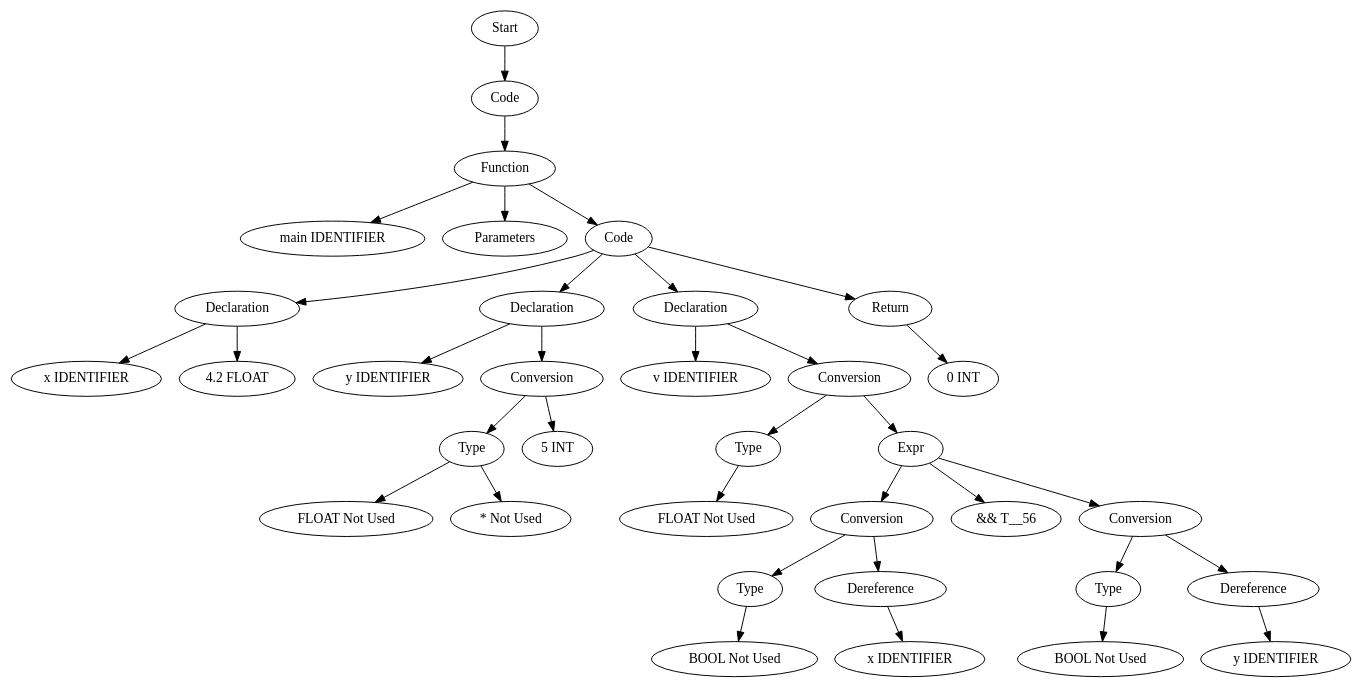
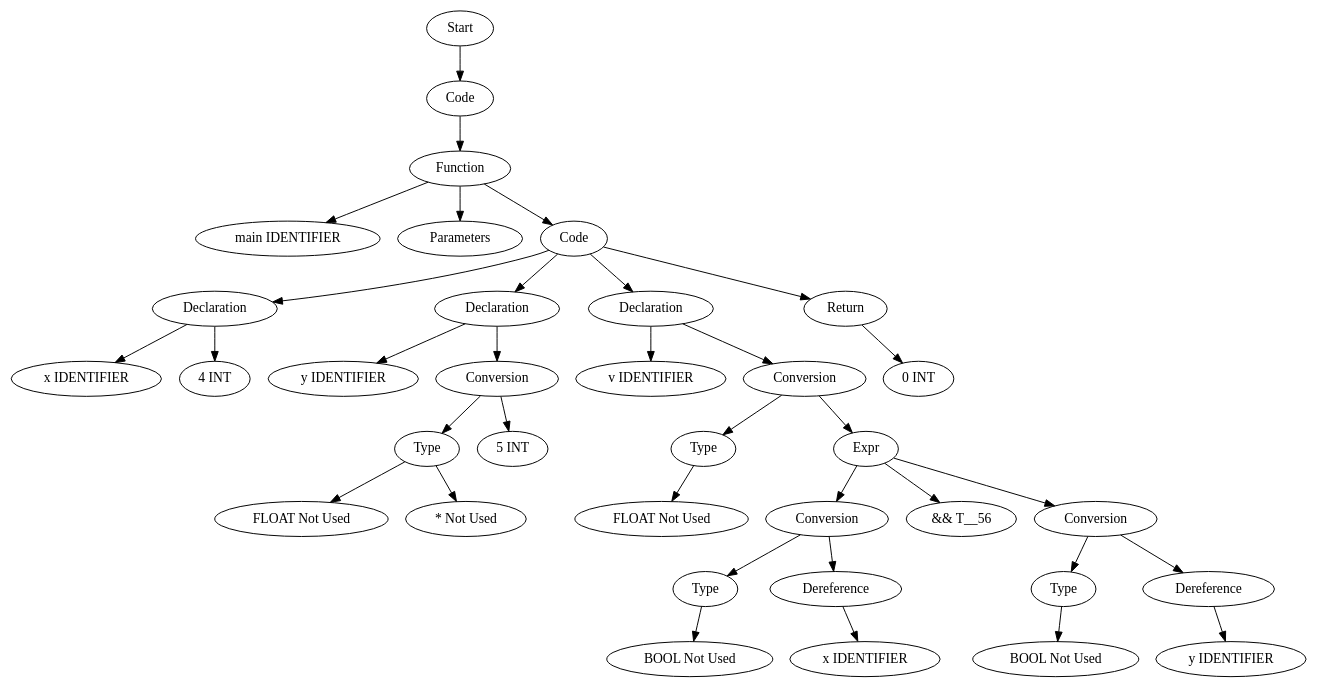
Before and after one commit to Are-you-listening/Compilers: the diagram in TestCases/ASTTests/ConversionTests/createTests/read_file_after.dot, drawn with Graphviz. The commit also changed 280 other files, not shown here.

```diff
--- a/TestCases/ASTTests/ConversionTests/createTests/read_file_after.dot
+++ b/TestCases/ASTTests/ConversionTests/createTests/read_file_after.dot
@@ -1,71 +1,71 @@
 digraph AST {
-  "126630981650672" [label="Start"];
-  "126630981650672" -> "126630981652112";
-  "126630981652112" [label="Code"];
-  "126630981652112" -> "126630981652400";
-  "126630981652400" [label="Function"];
-  "126630981652400" -> "126630981652064";
-  "126630981652400" -> "126630981649280";
-  "126630981652400" -> "126630981655136";
-  "126630981652064" [label="main IDENTIFIER"];
-  "126630981649280" [label="Parameters"];
-  "126630981655136" [label="Code"];
-  "126630981655136" -> "126630981651968";
-  "126630981655136" -> "126630981651920";
-  "126630981655136" -> "126630981654320";
-  "126630981655136" -> "126630981654080";
-  "126630981651968" [label="Declaration"];
-  "126630981651968" -> "126630981652016";
-  "126630981651968" -> "126630981653888";
-  "126630981652016" [label="x IDENTIFIER"];
-  "126630981653888" [label="4.2 FLOAT"];
-  "126630981651920" [label="Declaration"];
-  "126630981651920" -> "126630981648512";
-  "126630981651920" -> "126630981655472";
-  "126630981648512" [label="y IDENTIFIER"];
-  "126630981655472" [label="Conversion"];
-  "126630981655472" -> "126630981655952";
-  "126630981655472" -> "126630981649184";
-  "126630981655952" [label="Type"];
-  "126630981655952" -> "126630981649232";
-  "126630981655952" -> "126630981654656";
-  "126630981649232" [label="FLOAT Not Used"];
-  "126630981654656" [label="* Not Used"];
-  "126630981649184" [label="5 INT"];
-  "126630981654320" [label="Declaration"];
-  "126630981654320" -> "126630981648944";
-  "126630981654320" -> "126630981653312";
-  "126630981648944" [label="v IDENTIFIER"];
-  "126630981653312" [label="Conversion"];
-  "126630981653312" -> "126630981656000";
-  "126630981653312" -> "126630981654848";
-  "126630981656000" [label="Type"];
-  "126630981656000" -> "126630981655280";
-  "126630981655280" [label="FLOAT Not Used"];
-  "126630981654848" [label="Expr"];
-  "126630981654848" -> "126630981650864";
-  "126630981654848" -> "126630981649904";
-  "126630981654848" -> "126630981657872";
-  "126630981650864" [label="Conversion"];
-  "126630981650864" -> "126630981648752";
-  "126630981650864" -> "126630981649856";
-  "126630981648752" [label="Type"];
-  "126630981648752" -> "126630981661520";
-  "126630981661520" [label="BOOL Not Used"];
-  "126630981649856" [label="Dereference"];
-  "126630981649856" -> "126630981660176";
-  "126630981660176" [label="x IDENTIFIER"];
-  "126630981649904" [label="&& T__56"];
-  "126630981657872" [label="Conversion"];
-  "126630981657872" -> "126630981657536";
-  "126630981657872" -> "126630981660368";
-  "126630981657536" [label="Type"];
-  "126630981657536" -> "126630981658448";
-  "126630981658448" [label="BOOL Not Used"];
-  "126630981660368" [label="Dereference"];
-  "126630981660368" -> "126630981659840";
-  "126630981659840" [label="y IDENTIFIER"];
-  "126630981654080" [label="Return"];
-  "126630981654080" -> "126630981654272";
-  "126630981654272" [label="0 INT"];
+  "125229346211056" [label="Start"];
+  "125229346211056" -> "125229346215232";
+  "125229346215232" [label="Code"];
+  "125229346215232" -> "125229346217248";
+  "125229346217248" [label="Function"];
+  "125229346217248" -> "125229346213840";
+  "125229346217248" -> "125229346216768";
+  "125229346217248" -> "125229346215424";
+  "125229346213840" [label="main IDENTIFIER"];
+  "125229346216768" [label="Parameters"];
+  "125229346215424" [label="Code"];
+  "125229346215424" -> "125229346214032";
+  "125229346215424" -> "125229346215568";
+  "125229346215424" -> "125229346212112";
+  "125229346215424" -> "125229346224880";
+  "125229346214032" [label="Declaration"];
+  "125229346214032" -> "125229346215760";
+  "125229346214032" -> "125229346214464";
+  "125229346215760" [label="x IDENTIFIER"];
+  "125229346214464" [label="4 INT"];
+  "125229346215568" [label="Declaration"];
+  "125229346215568" -> "125229346214704";
+  "125229346215568" -> "125229346216480";
+  "125229346214704" [label="y IDENTIFIER"];
+  "125229346216480" [label="Conversion"];
+  "125229346216480" -> "125229346225456";
+  "125229346216480" -> "125229346222432";
+  "125229346225456" [label="Type"];
+  "125229346225456" -> "125229346223440";
+  "125229346225456" -> "125229346222576";
+  "125229346223440" [label="FLOAT Not Used"];
+  "125229346222576" [label="* Not Used"];
+  "125229346222432" [label="5 INT"];
+  "125229346212112" [label="Declaration"];
+  "125229346212112" -> "125229346210480";
+  "125229346212112" -> "125229346210048";
+  "125229346210480" [label="v IDENTIFIER"];
+  "125229346210048" [label="Conversion"];
+  "125229346210048" -> "125229346209904";
+  "125229346210048" -> "125229346220320";
+  "125229346209904" [label="Type"];
+  "125229346209904" -> "125229346212496";
+  "125229346212496" [label="FLOAT Not Used"];
+  "125229346220320" [label="Expr"];
+  "125229346220320" -> "125229346224976";
+  "125229346220320" -> "125229346223392";
+  "125229346220320" -> "125229346223200";
+  "125229346224976" [label="Conversion"];
+  "125229346224976" -> "125229346210864";
+  "125229346224976" -> "125229346222480";
+  "125229346210864" [label="Type"];
+  "125229346210864" -> "125229346224784";
+  "125229346224784" [label="BOOL Not Used"];
+  "125229346222480" [label="Dereference"];
+  "125229346222480" -> "125229346211296";
+  "125229346211296" [label="x IDENTIFIER"];
+  "125229346223392" [label="&& T__56"];
+  "125229346223200" [label="Conversion"];
+  "125229346223200" -> "125229346222000";
+  "125229346223200" -> "125229346212016";
+  "125229346222000" [label="Type"];
+  "125229346222000" -> "125229346225072";
+  "125229346225072" [label="BOOL Not Used"];
+  "125229346212016" [label="Dereference"];
+  "125229346212016" -> "125229346212928";
+  "125229346212928" [label="y IDENTIFIER"];
+  "125229346224880" [label="Return"];
+  "125229346224880" -> "125229346220368";
+  "125229346220368" [label="0 INT"];
 }
```
